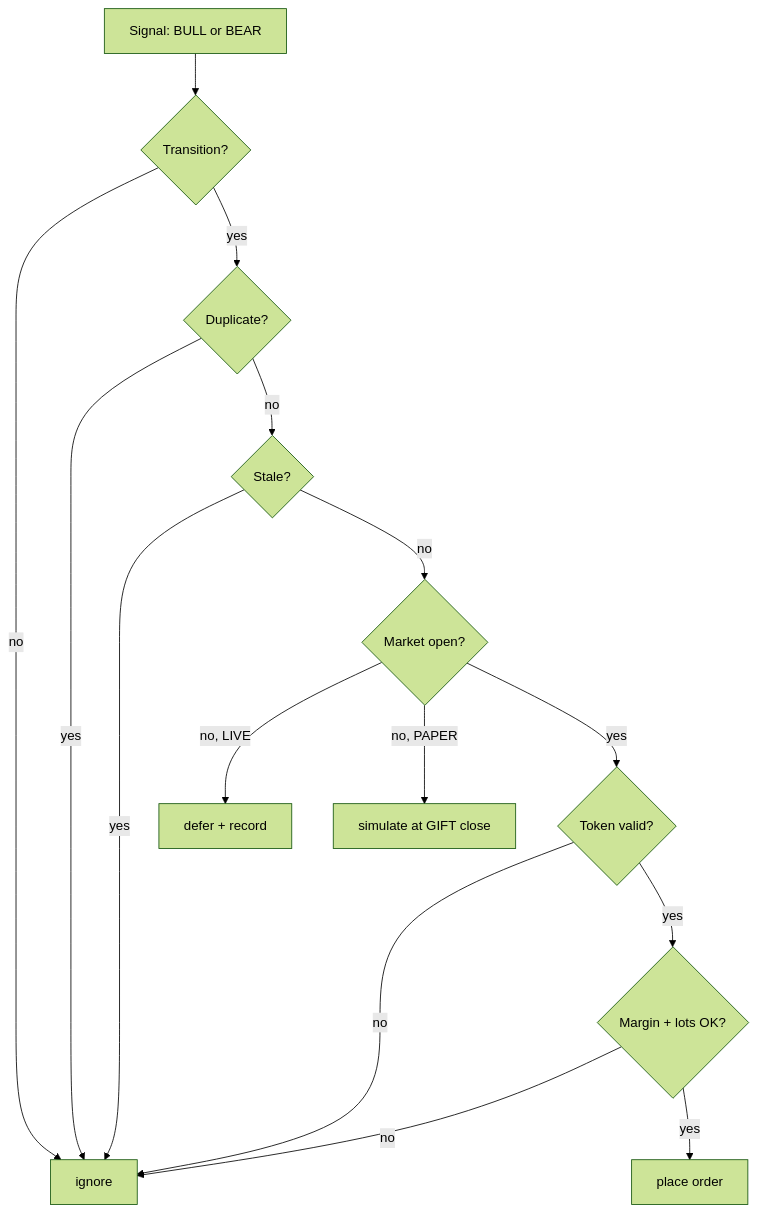
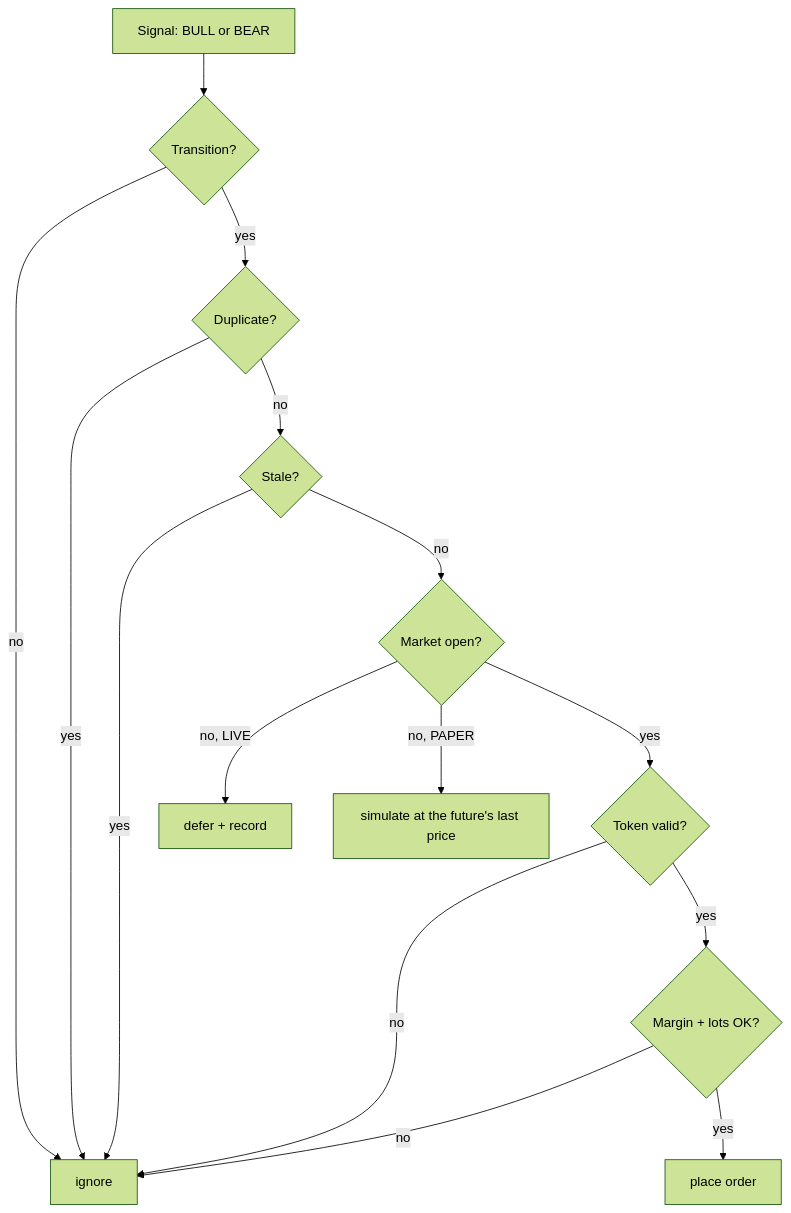
The diagram in website/docs/execution.md (surikbs-xp/belaku), drawn with Mermaid (forest theme) before and after one commit. The commit also changed other lines of this file and 57 other files, not shown here.

````diff
--- a/website/docs/execution.md
+++ b/website/docs/execution.md
@@ -11,17 +11,17 @@
 ```mermaid
 flowchart TD
     A[Signal: BULL or BEAR] --> B{Transition?}
     B -->|no| Z[ignore]
     B -->|yes| C{Duplicate?}
     C -->|yes| Z
     C -->|no| D{Stale?}
     D -->|yes| Z
     D -->|no| E{Market open?}
     E -->|no, LIVE| F[defer + record]
-    E -->|no, PAPER| G[simulate at GIFT close]
+    E -->|no, PAPER| G[simulate at the future's last price]
     E -->|yes| H{Token valid?}
     H -->|no| Z
     H -->|yes| I{Margin + lots OK?}
     I -->|no| Z
     I -->|yes| J[place order]
 ```
````
